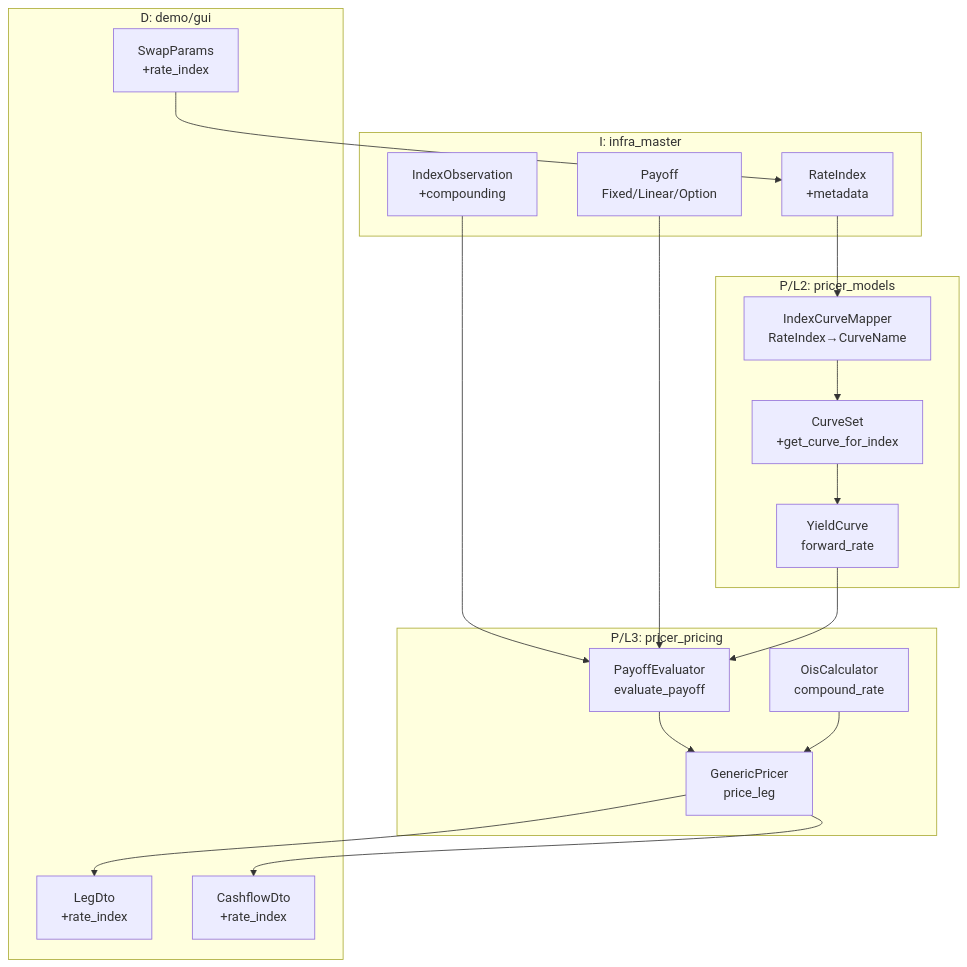
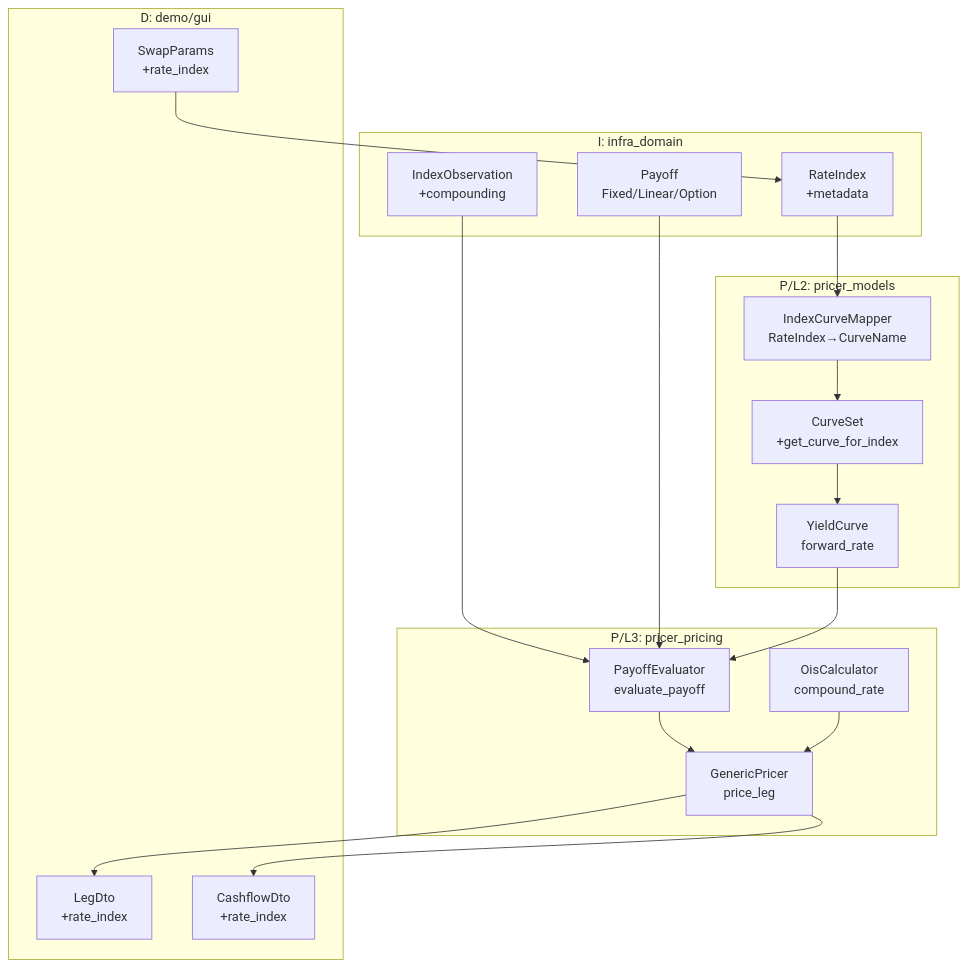
Before and after one commit to neutryx-lab/neutryx-rust: the first of 4 diagrams in .kiro/specs/rate-index-pricing-integration/design.md, drawn with Mermaid. The commit also changed other lines of this file and 303 other files, not shown here.

First line of the commit message:
Refactor imports from `infra_master` to `infra_domain`

````diff
--- a/.kiro/specs/rate-index-pricing-integration/design.md
+++ b/.kiro/specs/rate-index-pricing-integration/design.md
@@ -47,38 +47,38 @@
 ```mermaid
 graph TB
-    subgraph "I: infra_master"
+    subgraph "I: infra_domain"
         RI[RateIndex<br/>+metadata]
         IO[IndexObservation<br/>+compounding]
         PO[Payoff<br/>Fixed/Linear/Option]
     end
 
     subgraph "P/L2: pricer_models"
         ICM[IndexCurveMapper<br/>RateIndex→CurveName]
         CS[CurveSet<br/>+get_curve_for_index]
         YC[YieldCurve<br/>forward_rate]
     end
 
     subgraph "P/L3: pricer_pricing"
         PE[PayoffEvaluator<br/>evaluate_payoff]
         GP[GenericPricer<br/>price_leg]
         OC[OisCalculator<br/>compound_rate]
     end
 
     subgraph "D: demo/gui"
         SP[SwapParams<br/>+rate_index]
         LD[LegDto<br/>+rate_index]
         CD[CashflowDto<br/>+rate_index]
     end
 
     RI --> ICM
     IO --> PE
     PO --> PE
     ICM --> CS
     CS --> YC
     YC --> PE
     PE --> GP
     OC --> GP
     GP --> LD
     GP --> CD
     SP --> RI
 ```
````
